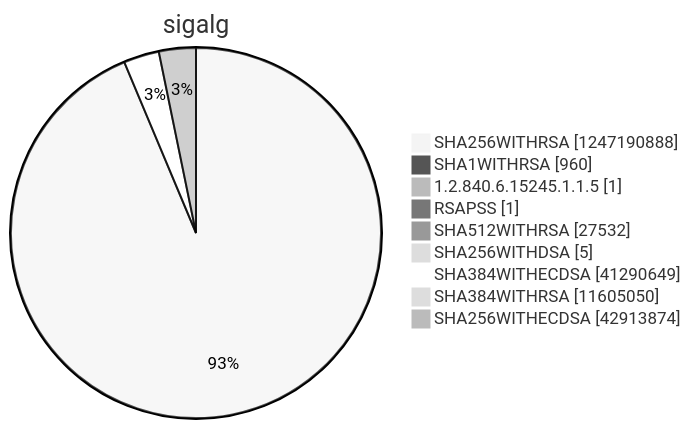
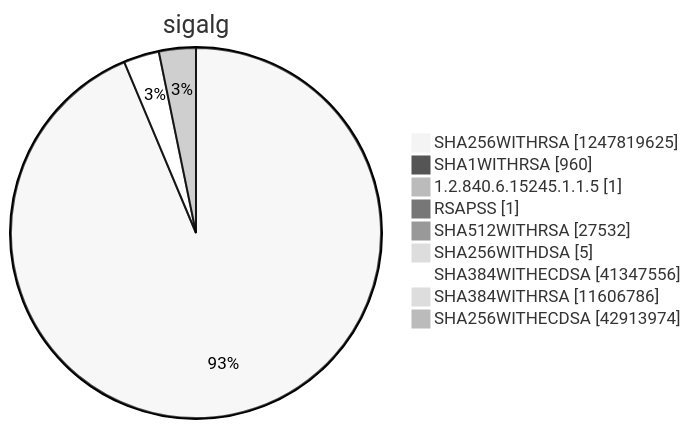
Before and after one commit to christiankrug/ctmonitor_visualization: diagram 15 of 15 in argon2022/README.md, drawn with Mermaid (neutral theme). The commit also changed other lines of this file, not shown here.

````diff
--- a/argon2022/README.md
+++ b/argon2022/README.md
@@ -5522,13 +5522,13 @@
 ```mermaid
 pie showData
 title sigalg
-"SHA256WITHRSA" :1247190888
+"SHA256WITHRSA" :1247819625
 "SHA1WITHRSA" :960
 "1.2.840.6.15245.1.1.5" :1
 "RSAPSS" :1
 "SHA512WITHRSA" :27532
 "SHA256WITHDSA" :5
-"SHA384WITHECDSA" :41290649
-"SHA384WITHRSA" :11605050
-"SHA256WITHECDSA" :42913874
+"SHA384WITHECDSA" :41347556
+"SHA384WITHRSA" :11606786
+"SHA256WITHECDSA" :42913974
 ```
````
